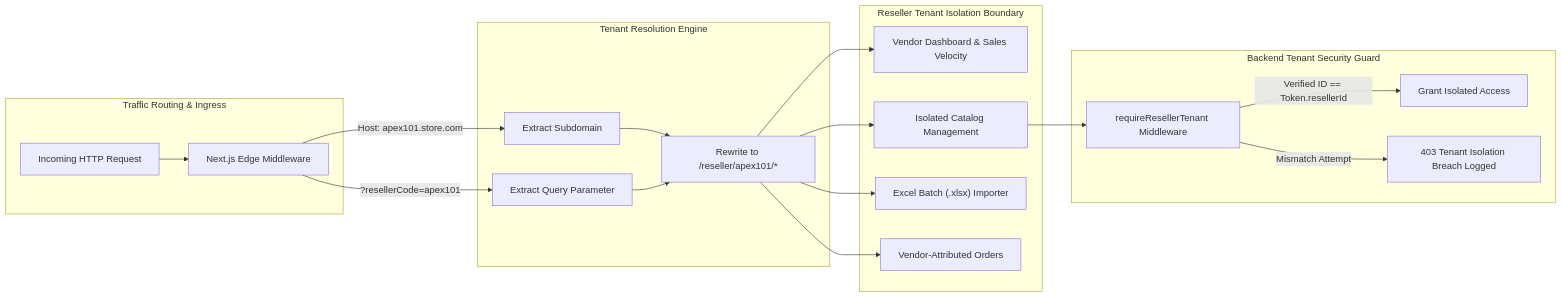
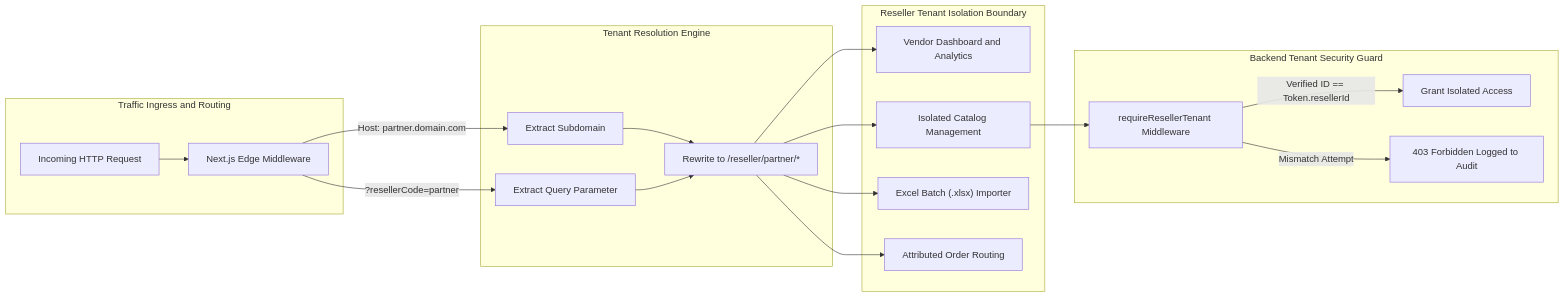
Before and after one commit to gl1tch0x1/NexTechSystem: the second of 8 diagrams in README.md, drawn with Mermaid. The commit also changed other lines of this file, not shown here.

````diff
--- a/README.md
+++ b/README.md
@@ -165,26 +172,26 @@
 ```mermaid
 graph LR
-    subgraph Ingress["Traffic Routing & Ingress"]
+    subgraph Ingress["Traffic Ingress and Routing"]
         REQ["Incoming HTTP Request"] --> MW["Next.js Edge Middleware"]
     end
 
     subgraph Tenant_Resolution["Tenant Resolution Engine"]
-        MW -->|"Host: apex101.store.com"| SUB["Extract Subdomain"]
-        MW -->|"?resellerCode=apex101"| QRY["Extract Query Parameter"]
-        SUB --> RWT["Rewrite to /reseller/apex101/*"]
+        MW -->|"Host: partner.domain.com"| SUB["Extract Subdomain"]
+        MW -->|"?resellerCode=partner"| QRY["Extract Query Parameter"]
+        SUB --> RWT["Rewrite to /reseller/partner/*"]
         QRY --> RWT
     end
 
     subgraph Isolation_Boundary["Reseller Tenant Isolation Boundary"]
-        RWT --> R_DASH["Vendor Dashboard & Sales Velocity"]
+        RWT --> R_DASH["Vendor Dashboard and Analytics"]
         RWT --> R_PROD["Isolated Catalog Management"]
         RWT --> R_IMP["Excel Batch (.xlsx) Importer"]
-        RWT --> R_ORD["Vendor-Attributed Orders"]
+        RWT --> R_ORD["Attributed Order Routing"]
     end
 
     subgraph Backend_Security["Backend Tenant Security Guard"]
         R_PROD --> API_GUARD["requireResellerTenant Middleware"]
         API_GUARD -->|"Verified ID == Token.resellerId"| SEC_OK["Grant Isolated Access"]
-        API_GUARD -->|"Mismatch Attempt"| SEC_DENY["403 Tenant Isolation Breach Logged"]
+        API_GUARD -->|"Mismatch Attempt"| SEC_DENY["403 Forbidden Logged to Audit"]
     end
 ```
````
